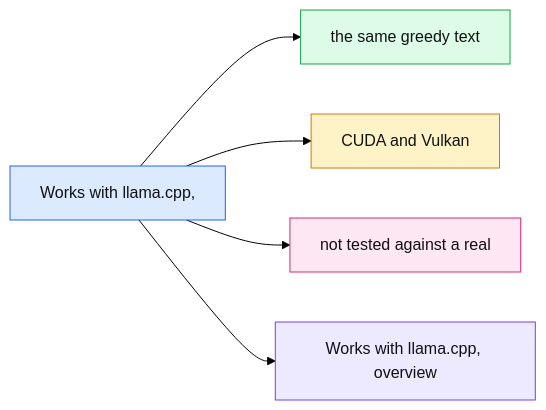
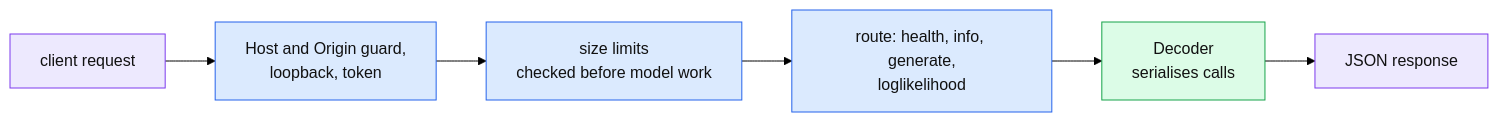
One commit to thomascherickal/ferrum-gpu changed the tenth of 21 diagrams in readme.md. Above: the diagram before and after it, drawn with Mermaid (forest theme). The commit also changed other lines of this file and 4 other files, not shown here.

First line of the commit message:
docs: hand-drawn data-flow diagrams for the readme, architecture and GUI pages

````diff
--- a/readme.md
+++ b/readme.md
@@ -287,13 +291,13 @@
 ```mermaid
 flowchart LR
-    a["Works with llama.cpp,"]:::root
-    a --> n0["the same greedy text"]:::c0
-    a --> n1["CUDA and Vulkan"]:::c1
-    a --> n2["not tested against a real"]:::c2
-    a --> n3["Works with llama.cpp, overview"]:::c3
-    classDef root fill:#dbeafe,stroke:#2563eb,color:#111
-    classDef c0 fill:#dcfce7,stroke:#16a34a,color:#111
-    classDef c1 fill:#fef3c7,stroke:#d97706,color:#111
-    classDef c2 fill:#fce7f3,stroke:#db2777,color:#111
-    classDef c3 fill:#ede9fe,stroke:#7c3aed,color:#111
+    cl["client request"]:::host --> g["Host and Origin guard,<br/>loopback, token"]:::core
+    g --> l["size limits<br/>checked before model work"]:::core
+    l --> rt["route: health, info, generate,<br/>loglikelihood"]:::core
+    rt --> dc["Decoder<br/>serialises calls"]:::gpu
+    dc --> rs["JSON response"]:::host
+    classDef core fill:#dbeafe,stroke:#2563eb,color:#111
+    classDef gpu fill:#dcfce7,stroke:#16a34a,color:#111
+    classDef cpu fill:#fef3c7,stroke:#d97706,color:#111
+    classDef io fill:#fce7f3,stroke:#db2777,color:#111
+    classDef host fill:#ede9fe,stroke:#7c3aed,color:#111
 ```
````
